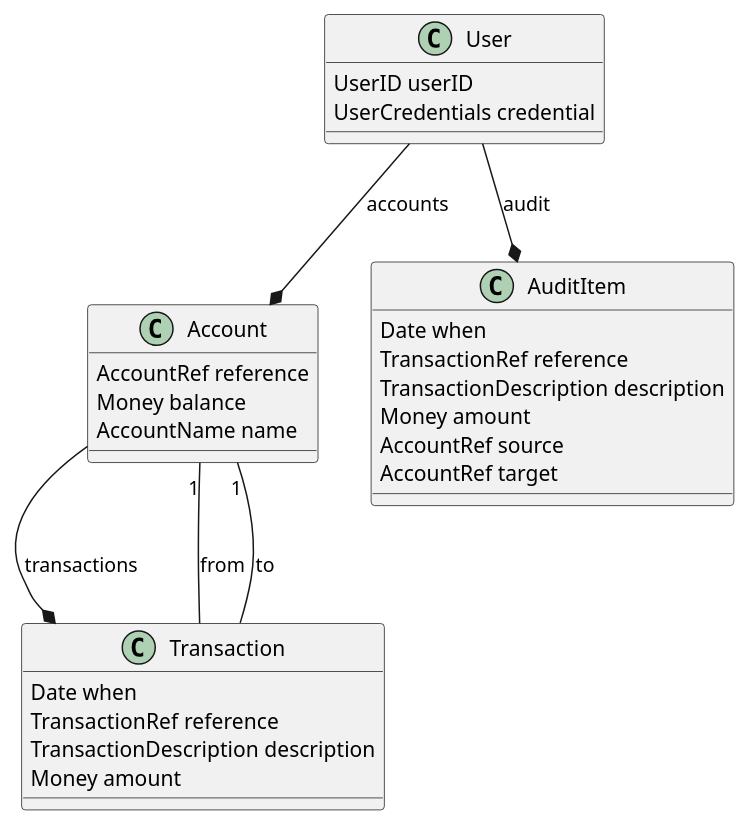
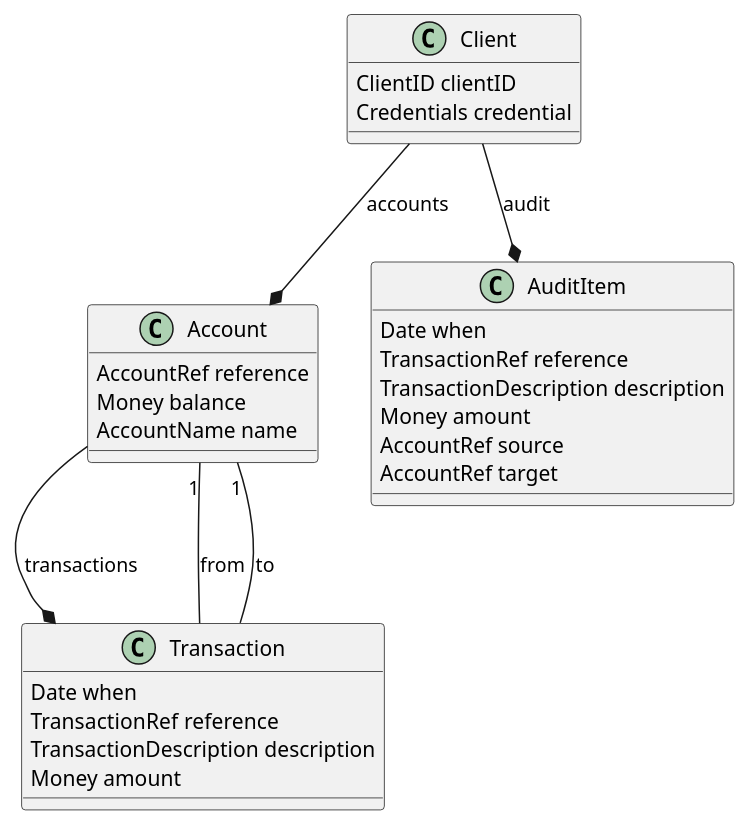
One commit to graeme-lockley/note-structuring-ui-tests changed the diagram in domain/src/main/models/domain_model.puml. Above: the diagram before and after it, drawn with PlantUML. The commit also changed 23 other files, not shown here.

Commit message:
Renamed user to client as, from a modelling sense, users don't have accounts but rather clients have accounts.

```diff
--- a/domain/src/main/models/domain_model.puml
+++ b/domain/src/main/models/domain_model.puml
@@ -1,37 +1,37 @@
 @startuml
 
-class User {
-	UserID userID
-	UserCredentials credential
+class Client {
+	ClientID clientID
+	Credentials credential
 }
 
 class Account {
 	AccountRef reference
 	Money balance
 	AccountName name
 }
 
 class Transaction {
 	Date when
 	TransactionRef reference
 	TransactionDescription description
 	Money amount
 }
 
 class AuditItem {
 	Date when
 	TransactionRef reference
 	TransactionDescription description
 	Money amount
 	AccountRef source
 	AccountRef target
 }
 
-User --* Account : "accounts"
+Client --* Account : "accounts"
 Account --* Transaction : "transactions"
 Transaction -- "1" Account : from
 Transaction -- "1" Account : to
 
-User --* AuditItem : "audit"
+Client --* AuditItem : "audit"
 
 @enduml
```
